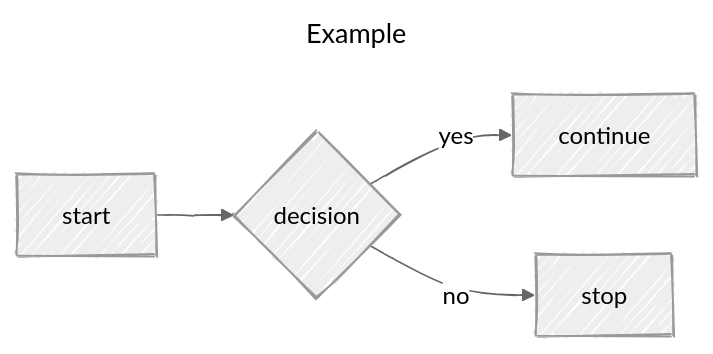
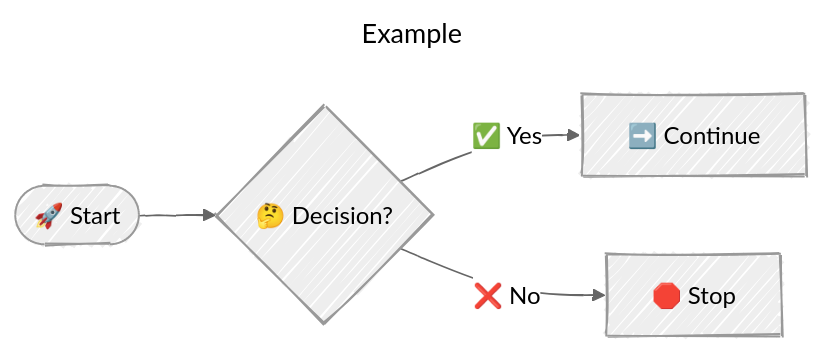
One commit to sandbox-as-a-service/docs changed the diagram in example.md. Above: the diagram before and after it, drawn with Mermaid.

Commit message:
Update Mermaid diagram in documentation for clarity and improved visuals

````diff
--- a/example.md
+++ b/example.md
@@ -1,12 +1,12 @@
 ```mermaid
 ---
 title: Example
 config:
   theme: neutral
   look: handDrawn
 ---
 flowchart LR
-a[start] --> b{decision}
-b -- yes --> c[continue]
-b -- no --> d[stop]
+a([🚀 Start]) --> b{🤔 Decision?}
+b -- ✅ Yes --> c[➡️ Continue]
+b -- ❌ No --> d[🛑 Stop]
 ```
````
